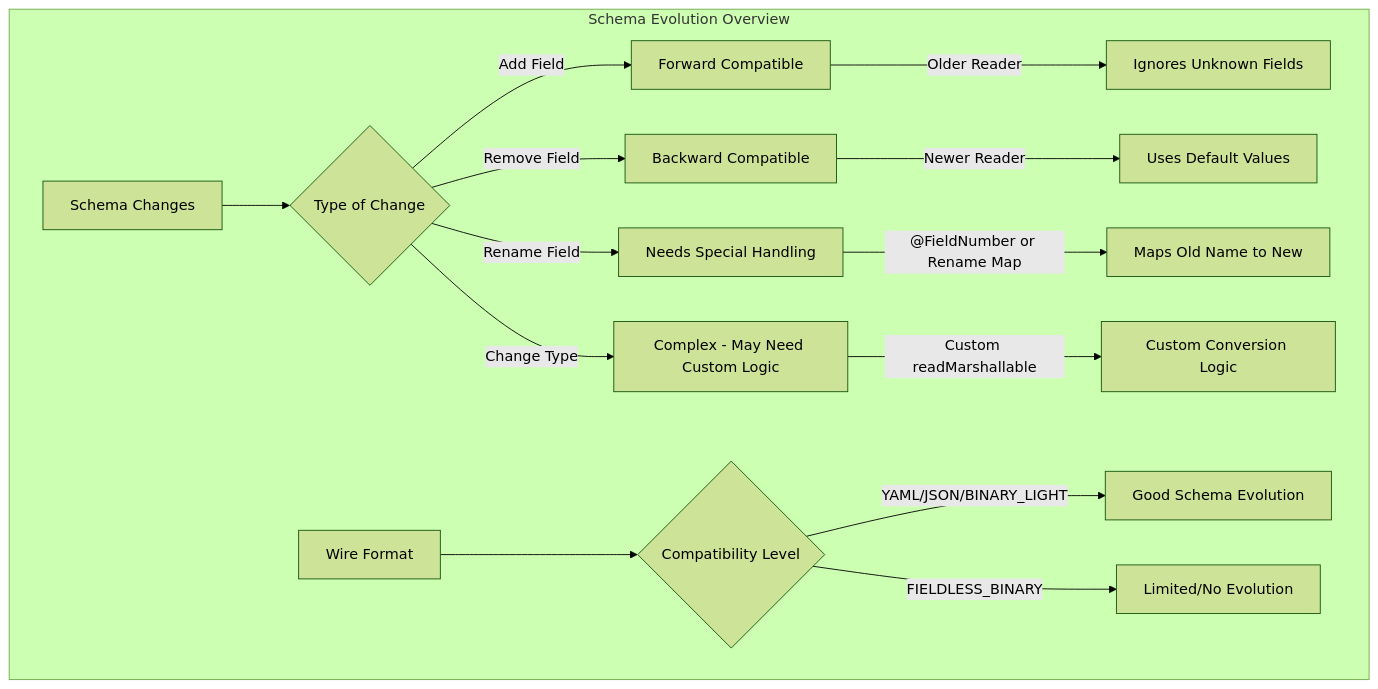
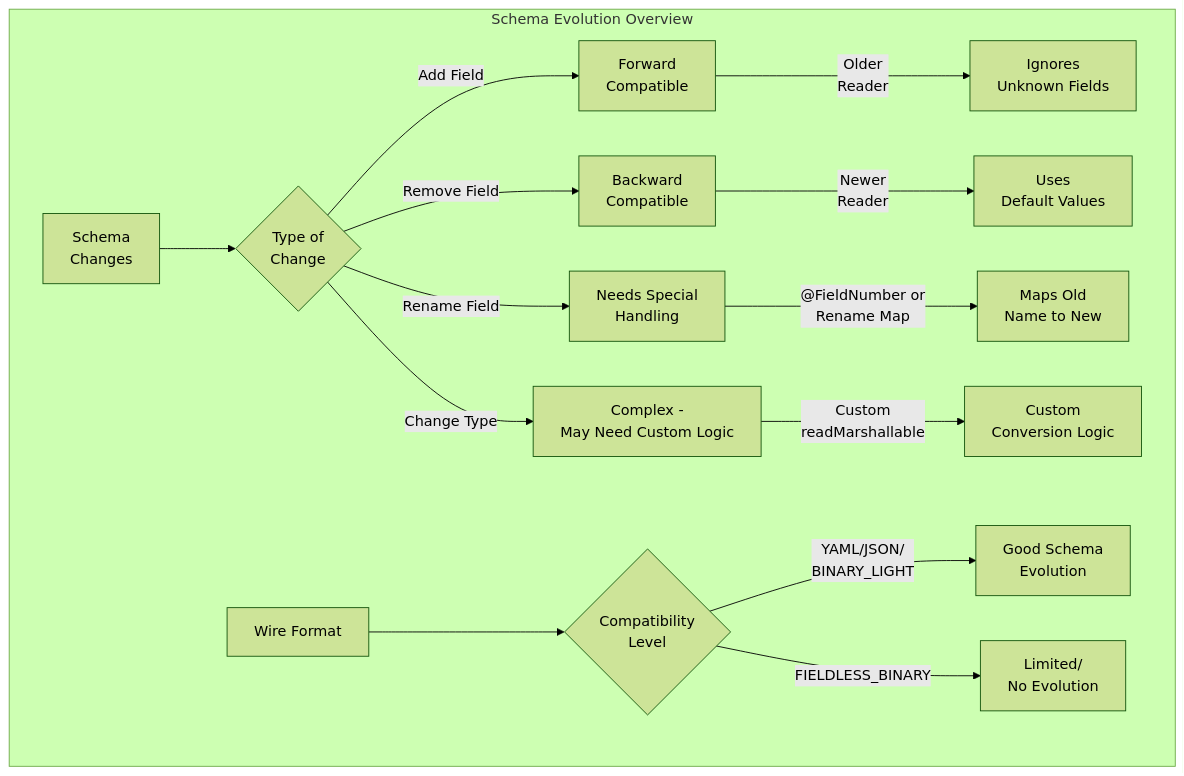
One commit to OpenHFT/Chronicle-Wire changed the fifth of 6 diagrams in src/main/adoc/wire-visual-guide.adoc. Above: the diagram before and after it, drawn with Mermaid (forest theme). The commit also changed other lines of this file, not shown here.

Commit message:
docs: update section headings to improve clarity and consistency

```diff
--- a/src/main/adoc/wire-visual-guide.adoc
+++ b/src/main/adoc/wire-visual-guide.adoc
@@ -144,20 +144,20 @@
 [mermaid]
 ----
 graph TD
     subgraph "Schema Evolution Overview"
-        A[Schema Changes] --> B{Type of Change}
-        B -->|Add Field| C[Forward Compatible]
-        B -->|Remove Field| D[Backward Compatible]
-        B -->|Rename Field| E[Needs Special Handling]
-        B -->|Change Type| F[Complex - May Need Custom Logic]
+        A[Schema<br/> Changes] --> B{Type of<br/> Change}
+        B -->|Add Field| C[Forward<br/> Compatible]
+        B -->|Remove Field| D[Backward<br/> Compatible]
+        B -->|Rename Field| E[Needs Special<br/> Handling]
+        B -->|Change Type| F[Complex -<br/> May Need Custom Logic]
         
-        C -->|"Older Reader"| G[Ignores Unknown Fields]
-        D -->|"Newer Reader"| H[Uses Default Values]
-        E -->|"@FieldNumber or Rename Map"| I[Maps Old Name to New]
-        F -->|"Custom readMarshallable"| J[Custom Conversion Logic]
+        C -->|"Older<br/> Reader"| G[Ignores <br/>Unknown Fields]
+        D -->|"Newer<br/> Reader"| H[Uses <br/>Default Values]
+        E -->|"@FieldNumber or<br/> Rename Map"| I[Maps Old <br/>Name to New]
+        F -->|"Custom <br/>readMarshallable"| J[Custom <br/>Conversion Logic]
         
-        K[Wire Format] --> L{Compatibility Level}
-        L -->|"YAML/JSON/BINARY_LIGHT"| M[Good Schema Evolution]
-        L -->|"FIELDLESS_BINARY"| N[Limited/No Evolution]
+        K[Wire Format] --> L{Compatibility<br/> Level}
+        L -->|"YAML/JSON/<br/>BINARY_LIGHT"| M[Good Schema<br/> Evolution]
+        L -->|"FIELDLESS_BINARY"| N[Limited/<br/>No Evolution]
     end
 ----
```
